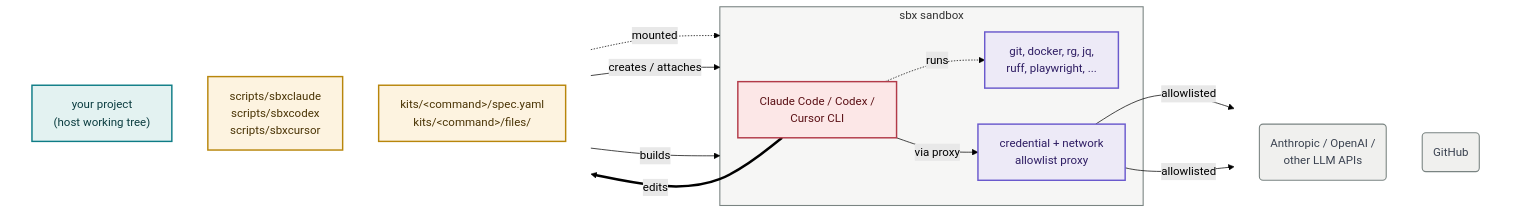
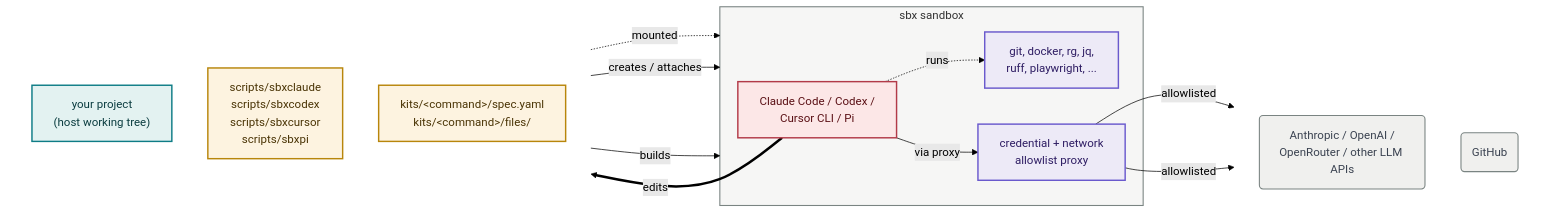
Before and after one commit to lars20070/sbxagent: the diagram in README.md, drawn with Mermaid (forest theme). The commit also changed other lines of this file and 8 other files, not shown here.

````diff
--- a/README.md
+++ b/README.md
@@ -17,43 +19,43 @@
 ```mermaid
 flowchart LR
   subgraph IN[" "]
     direction TB
     PROJ["your project<br/>(host working tree)"]
-    DRV["scripts/sbxclaude<br/>scripts/sbxcodex<br/>scripts/sbxcursor"]
+    DRV["scripts/sbxclaude<br/>scripts/sbxcodex<br/>scripts/sbxcursor<br/>scripts/sbxpi"]
     KIT["kits/&lt;command&gt;/spec.yaml<br/>kits/&lt;command&gt;/files/"]
   end
 
   subgraph VM["sbx sandbox"]
-    AGENT["Claude Code / Codex /<br/>Cursor CLI"]
+    AGENT["Claude Code / Codex /<br/>Cursor CLI / Pi"]
     TOOLS["git, docker, rg, jq,<br/>ruff, playwright, ..."]
     PROXY["credential + network<br/>allowlist proxy"]
   end
 
   subgraph NET[" "]
     direction TB
-    LLM("Anthropic / OpenAI /<br/>other LLM APIs")
+    LLM("Anthropic / OpenAI /<br/>OpenRouter / other LLM APIs")
     GH("GitHub")
   end
 
   PROJ -.->|"mounted"| VM
   DRV -->|"creates / attaches"| VM
   KIT -->|"builds"| VM
   AGENT -.->|"runs"| TOOLS
   AGENT -->|"via proxy"| PROXY
   PROXY -->|"allowlisted"| LLM & GH
   AGENT ==>|"edits"| PROJ
 
   classDef data    fill:#E3F2F1,stroke:#0E7C86,stroke-width:2px,color:#0B3D40
   classDef host    fill:#FDF3E0,stroke:#B8860B,stroke-width:2px,color:#4A3405
   classDef helper  fill:#EDEAF7,stroke:#6A5ACD,stroke-width:2px,color:#2E1D63
   classDef agent   fill:#FCE7E7,stroke:#B23A48,stroke-width:2px,color:#5A1015
   classDef ext     fill:#F0F0EE,stroke:#7A8482,stroke-width:1.5px,color:#3A4250
   class PROJ data
   class KIT,DRV host
   class TOOLS,PROXY helper
   class AGENT agent
   class GH,LLM ext
   style VM fill:#F6F6F5,stroke:#7A8482,stroke-width:1.5px
   style IN fill:none,stroke:none
   style NET fill:none,stroke:none
 ```
````
